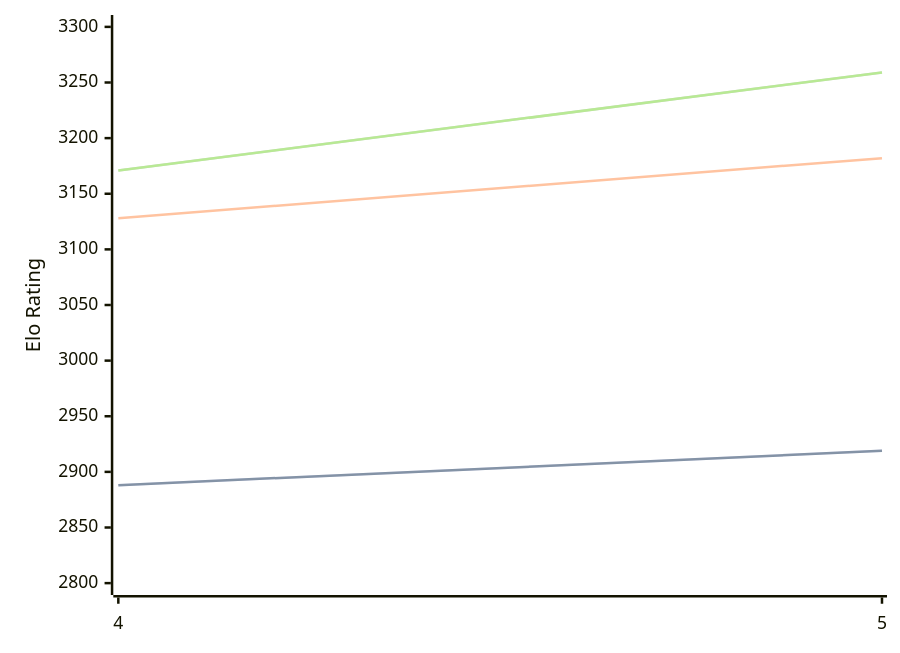
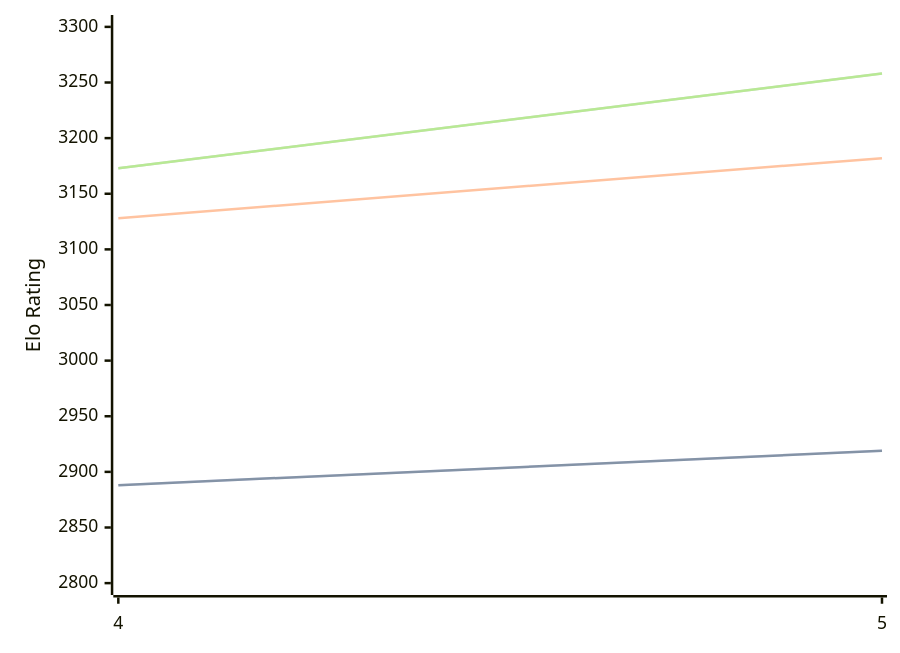
One commit to computer-chess-index/cci changed the diagram in engines/Cwtch.md. Above: the diagram before and after it, drawn with Mermaid. The commit also changed other lines of this file, not shown here.

Commit message:
Update CCI Ratings (ELO VLTC) - 2026-04-19

````diff
--- a/engines/Cwtch.md
+++ b/engines/Cwtch.md
@@ -34,11 +34,11 @@
 ```mermaid
 %%{init: {"theme":"base","themeVariables":{"seriesColors:['#a3a3a3','#222221','#faa371']}}}%%
 xychart-beta
   x-axis ["4", "5"]
   y-axis "Elo Rating" 2800 --> 3300
   line "STC (8.0+0.08s)" [2888, 2919]
   line "STC (8.0+0.08s)" [2888, 2919]
   line "LTC (60.0+0.60s)" [3128, 3182]
-  line "VLTC (2m24s+1.12s)" [3171, 3259]
-  line "VLTC (2m24s+1.12s)" [3171, 3259]
+  line "VLTC (2m24s+1.12s)" [3173, 3258]
+  line "VLTC (2m24s+1.12s)" [3173, 3258]
 ```
````
